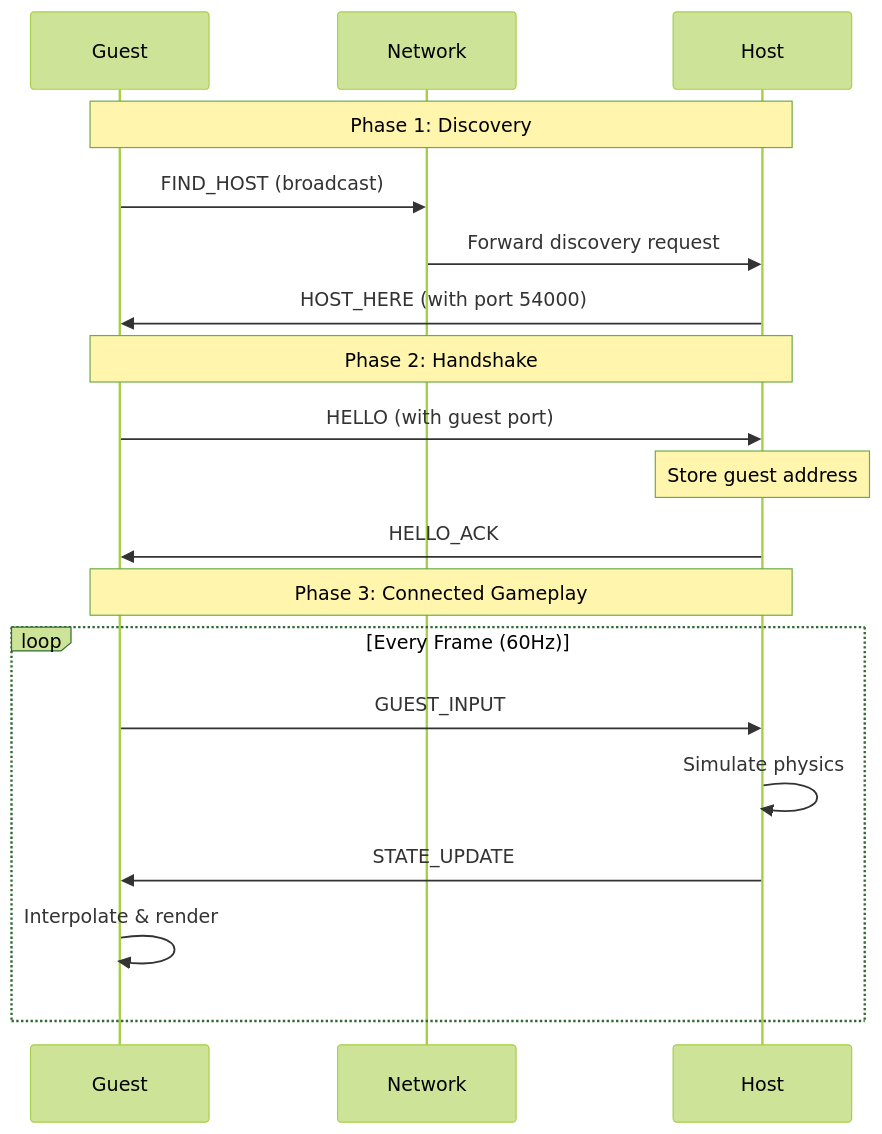
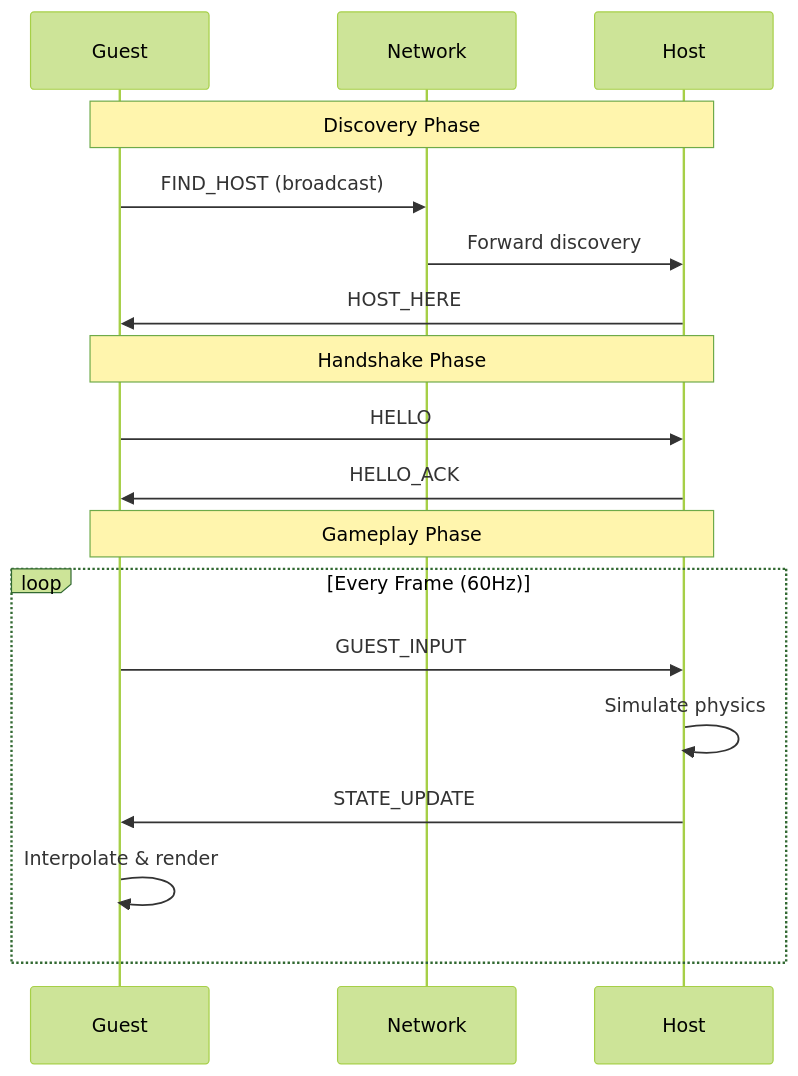
Before and after one commit to OlawoleAbayomi-Owodunni/pong-networking: the second of 2 diagrams in README.md, drawn with Mermaid (forest theme). The commit also changed other lines of this file and 1 other file, not shown here.

````diff
--- a/README.md
+++ b/README.md
@@ -116,24 +117,23 @@
 ```mermaid
 sequenceDiagram
     participant Guest
     participant Network
     participant Host
-    
-    Note over Guest,Host: Phase 1: Discovery
+
+    Note over Guest,Host: Discovery Phase
     Guest->>Network: FIND_HOST (broadcast)
-    Network->>Host: Forward discovery request
-    Host->>Guest: HOST_HERE (with port 54000)
-    
-    Note over Guest,Host: Phase 2: Handshake
-    Guest->>Host: HELLO (with guest port)
-    Note over Host: Store guest address
+    Network->>Host: Forward discovery
+    Host->>Guest: HOST_HERE
+
+    Note over Guest,Host: Handshake Phase
+    Guest->>Host: HELLO
     Host->>Guest: HELLO_ACK
-    
-    Note over Guest,Host: Phase 3: Connected Gameplay
+
+    Note over Guest,Host: Gameplay Phase
     loop Every Frame (60Hz)
         Guest->>Host: GUEST_INPUT
         Host->>Host: Simulate physics
         Host->>Guest: STATE_UPDATE
         Guest->>Guest: Interpolate & render
     end
 ```
````
